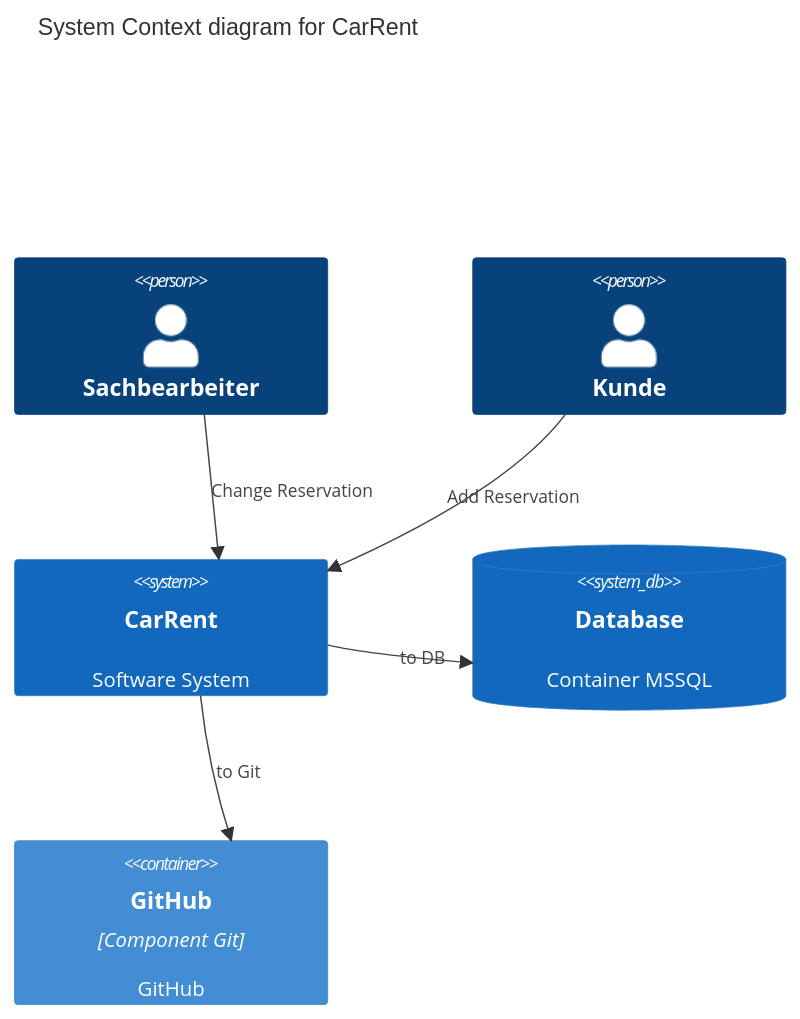
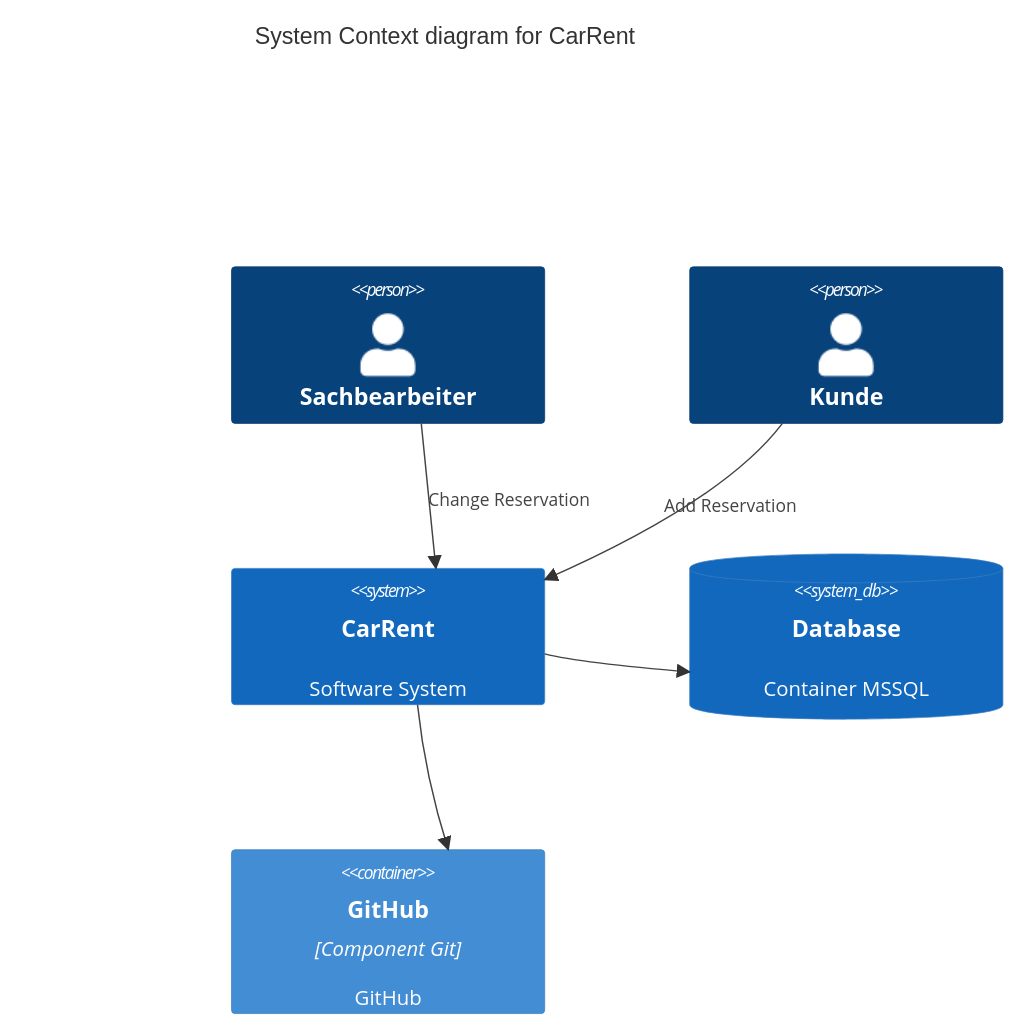
One commit to tsolenthaler/zbw-sad-carrent2124 changed the first of 2 diagrams in README.md. Above: the diagram before and after it, drawn with Mermaid.

Commit message:
empty Label test

````diff
--- a/README.md
+++ b/README.md
@@ -6,21 +6,21 @@
 ```mermaid
 C4Context
     title System Context diagram for CarRent
 
     Person(Sachbearbeiter, "Sachbearbeiter")
     Person(Kunde, "Kunde")
 
 
     System(CarRent, "CarRent", "Software System")
 
 
     SystemDb(Database, "Database", "Container MSSQL")
     Container(github, "GitHub", "Component Git", "GitHub")
 
     Rel(Sachbearbeiter, CarRent, "Change Reservation")
     Rel(Kunde, CarRent, "Add Reservation")
-    Rel(CarRent, Database, "to DB")
-    Rel(CarRent, github, "to Git")
+    Rel(CarRent, Database, "")
+    Rel(CarRent, github, "")
 
     UpdateLayoutConfig($c4ShapeInRow="2", $c4BoundaryInRow="1")
 ```
````
